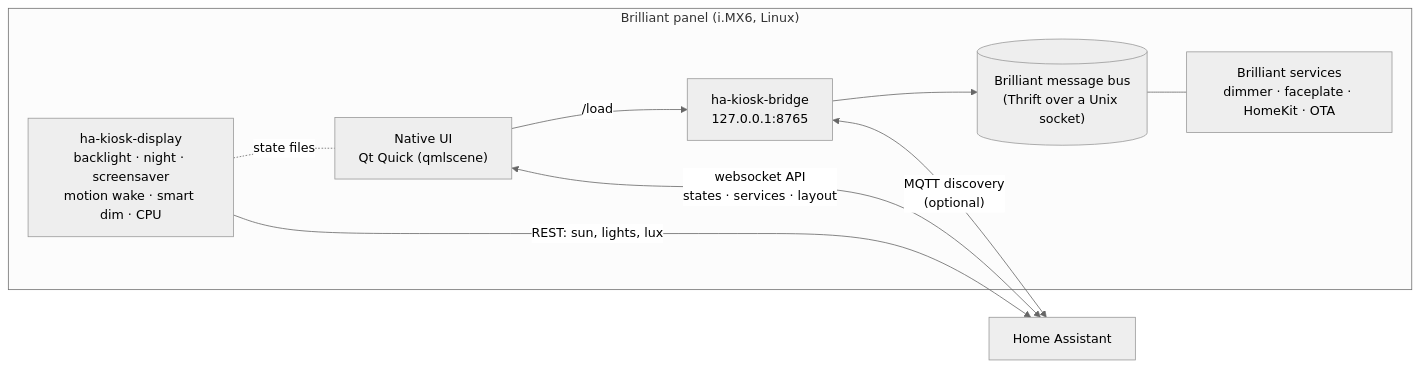
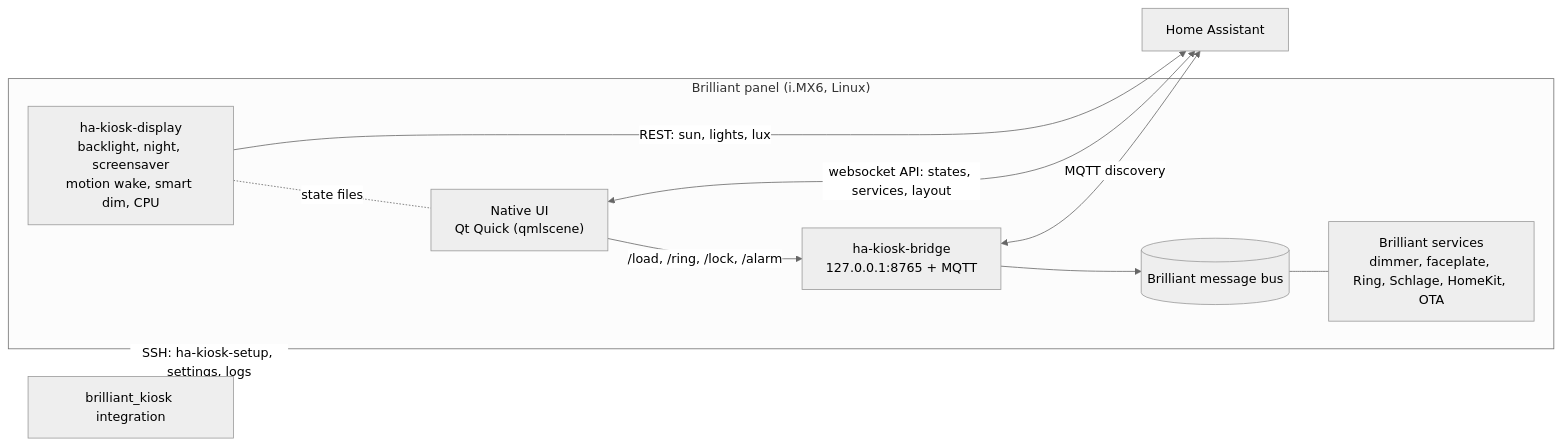
One commit to MikeI-Code/brilliant-ha-kiosk changed the diagram in README.md. Above: the diagram before and after it, drawn with Mermaid (neutral theme). The commit also changed other lines of this file and 13 other files, not shown here.

First line of the commit message:
Docs rewritten against the code; brilliant_kiosk 0.2.1

````diff
--- a/README.md
+++ b/README.md
@@ -163,16 +125,17 @@
 ```mermaid
 flowchart LR
   subgraph Panel["Brilliant panel (i.MX6, Linux)"]
     UI["Native UI<br/>Qt Quick (qmlscene)"]
-    DISP["ha-kiosk-display<br/>backlight · night · screensaver<br/>motion wake · smart dim · CPU"]
-    BR["ha-kiosk-bridge<br/>127.0.0.1:8765"]
-    BUS[("Brilliant message bus<br/>(Thrift over a Unix socket)")]
-    HW["Brilliant services<br/>dimmer · faceplate · HomeKit · OTA"]
-    UI -- "/load" --> BR --> BUS --- HW
+    DISP["ha-kiosk-display<br/>backlight, night, screensaver<br/>motion wake, smart dim, CPU"]
+    BR["ha-kiosk-bridge<br/>127.0.0.1:8765 + MQTT"]
+    BUS[("Brilliant message bus")]
+    HW["Brilliant services<br/>dimmer, faceplate, Ring, Schlage, HomeKit, OTA"]
+    UI -- "/load, /ring, /lock, /alarm" --> BR --> BUS --- HW
     DISP -. "state files" .- UI
   end
   HA["Home Assistant"]
-  UI <-- "websocket API<br/>states · services · layout" --> HA
+  UI <-- "websocket API: states, services, layout" --> HA
   DISP -- "REST: sun, lights, lux" --> HA
-  BR <-- "MQTT discovery<br/>(optional)" --> HA
+  BR <-- "MQTT discovery" --> HA
+  INT["brilliant_kiosk integration"] -- "SSH: ha-kiosk-setup, settings, logs" --> Panel
 ```
````
